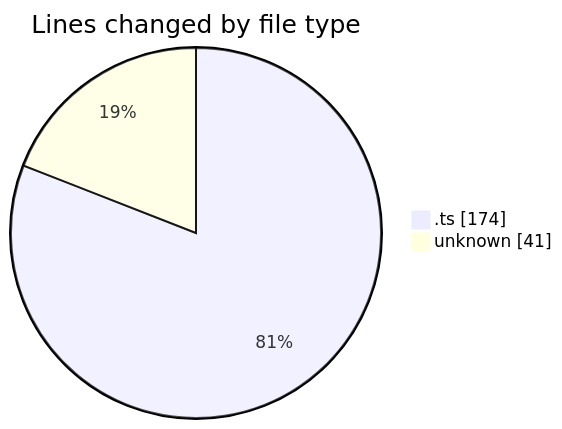
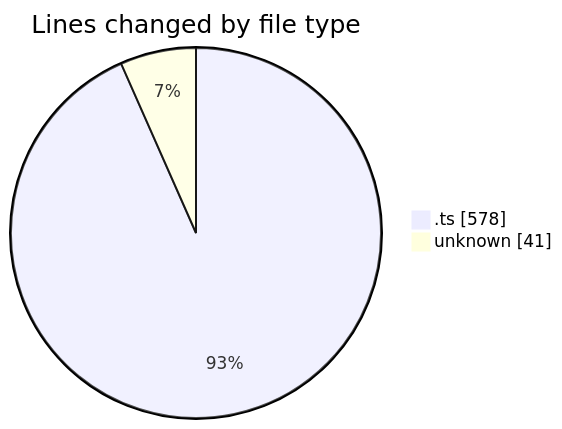
Before and after one commit to momahboobian/code-tracking: the first of 2 diagrams in 2025-08-18/cda/README.md, drawn with Mermaid. The commit also changed other lines of this file and 1 other file, not shown here.

````diff
--- a/2025-08-18/cda/README.md
+++ b/2025-08-18/cda/README.md
@@ -21,6 +22,6 @@
 ```mermaid
 pie showData
 title Lines changed by file type
-".ts" : 174
+".ts" : 578
 "unknown" : 41
 ```
````
